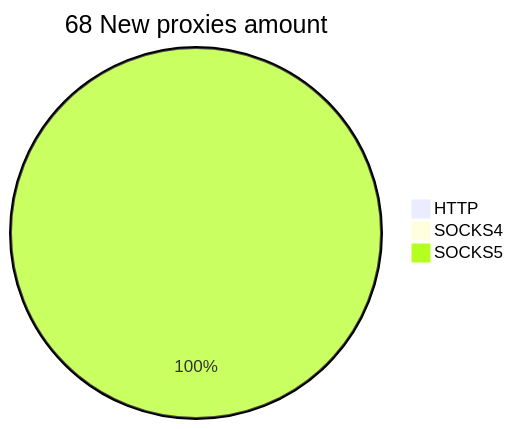
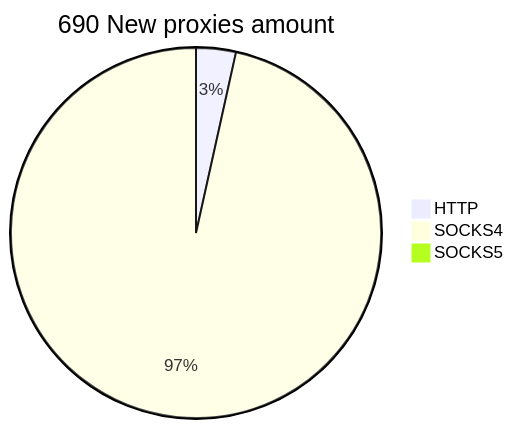
One commit to cutipu/proxylist changed the second of 2 diagrams in README.md. Above: the diagram before and after it, drawn with Mermaid. The commit also changed other lines of this file, not shown here.

````diff
--- a/README.md
+++ b/README.md
@@ -10,6 +10,6 @@
 ```mermaid
-pie title 68 New proxies amount
-    "HTTP" : 0
-    "SOCKS4" : 0
-    "SOCKS5" : 92
+pie title 690 New proxies amount
+    "HTTP" : 24
+    "SOCKS4" : 668
+    "SOCKS5" : 0
 ```
````
